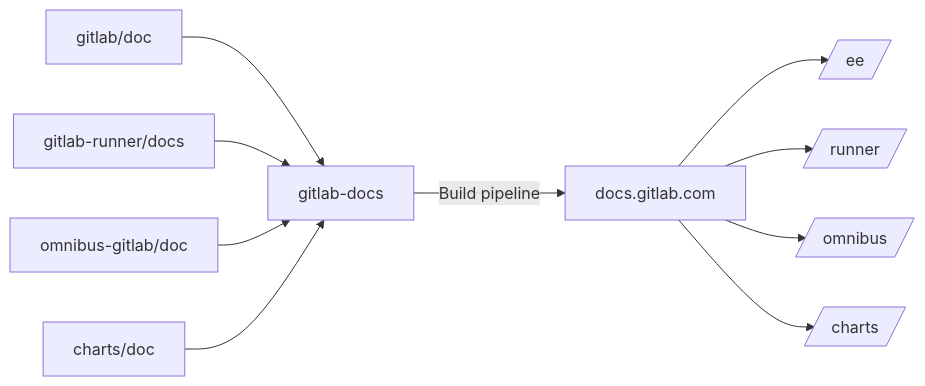
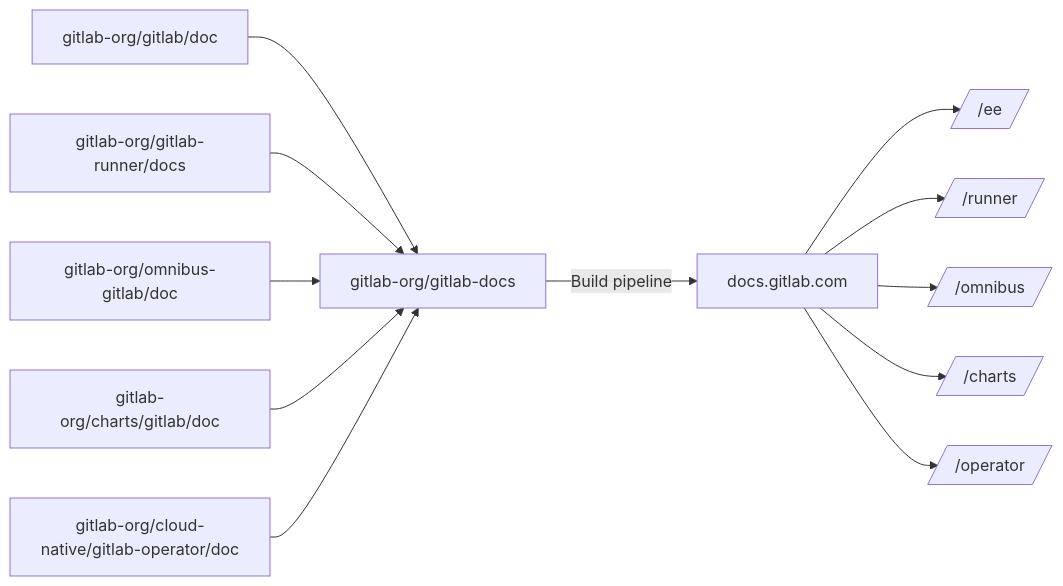
Before and after one commit to diffblue/gitlab: the diagram in doc/development/documentation/site_architecture/index.md, drawn with Mermaid. The commit also changed other lines of this file, not shown here.

Commit message:
Add Operator to docs site architecture diagram

````diff
--- a/doc/development/documentation/site_architecture/index.md
+++ b/doc/development/documentation/site_architecture/index.md
@@ -23,22 +23,26 @@
 ```mermaid
   graph LR
-    A[gitlab/doc]
-    B[gitlab-runner/docs]
-    C[omnibus-gitlab/doc]
-    D[charts/doc]
-    E[gitlab-docs]
-    A --> E
-    B --> E
-    C --> E
-    D --> E
-    E -- Build pipeline --> F
-    F[docs.gitlab.com]
-    H[/ee/]
-    I[/runner/]
-    J[/omnibus/]
-    K[/charts/]
-    F --> H
-    F --> I
-    F --> J
-    F --> K
+    A[gitlab-org/gitlab/doc]
+    B[gitlab-org/gitlab-runner/docs]
+    C[gitlab-org/omnibus-gitlab/doc]
+    D[gitlab-org/charts/gitlab/doc]
+    E[gitlab-org/cloud-native/gitlab-operator/doc]
+    Y[gitlab-org/gitlab-docs]
+    A --> Y
+    B --> Y
+    C --> Y
+    D --> Y
+    E --> Y
+    Y -- Build pipeline --> Z
+    Z[docs.gitlab.com]
+    M[//ee/]
+    N[//runner/]
+    O[//omnibus/]
+    P[//charts/]
+    Q[//operator/]
+    Z --> M
+    Z --> N
+    Z --> O
+    Z --> P
+    Z --> Q
 ```
````
